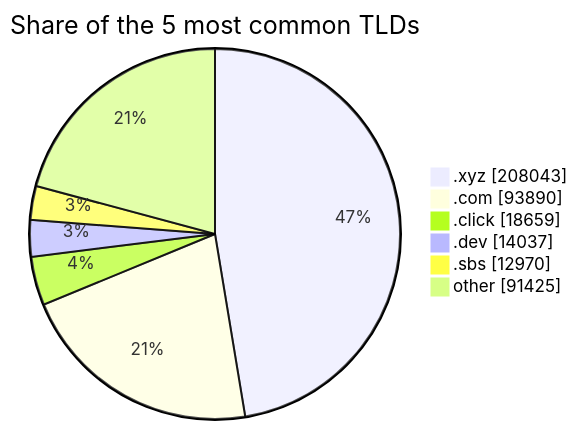
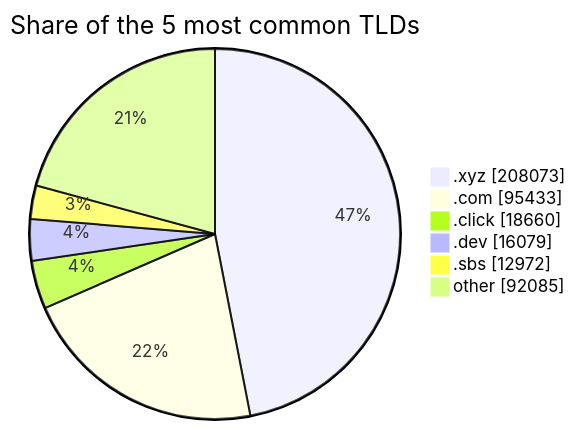
Before and after one commit to DNSBunker/CTI: the second of 2 diagrams in README.md, drawn with Mermaid. The commit also changed other lines of this file and 3 other files, not shown here.

````diff
--- a/README.md
+++ b/README.md
@@ -72,9 +72,9 @@
 ```mermaid
 pie showData title Share of the 5 most common TLDs
-    ".xyz" : 208043
-    ".com" : 93890
-    ".click" : 18659
-    ".dev" : 14037
-    ".sbs" : 12970
-    "other" : 91425
+    ".xyz" : 208073
+    ".com" : 95433
+    ".click" : 18660
+    ".dev" : 16079
+    ".sbs" : 12972
+    "other" : 92085
 ```
````
